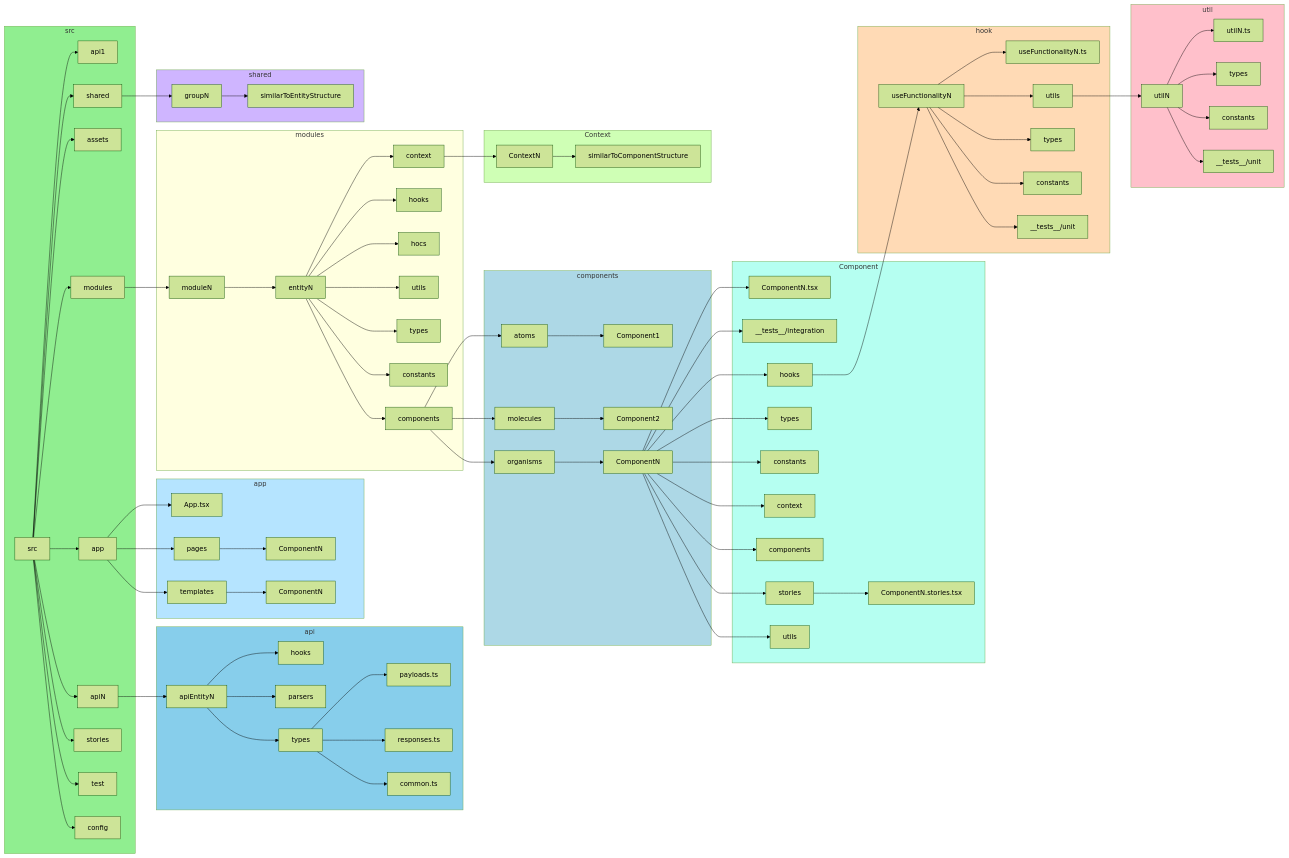
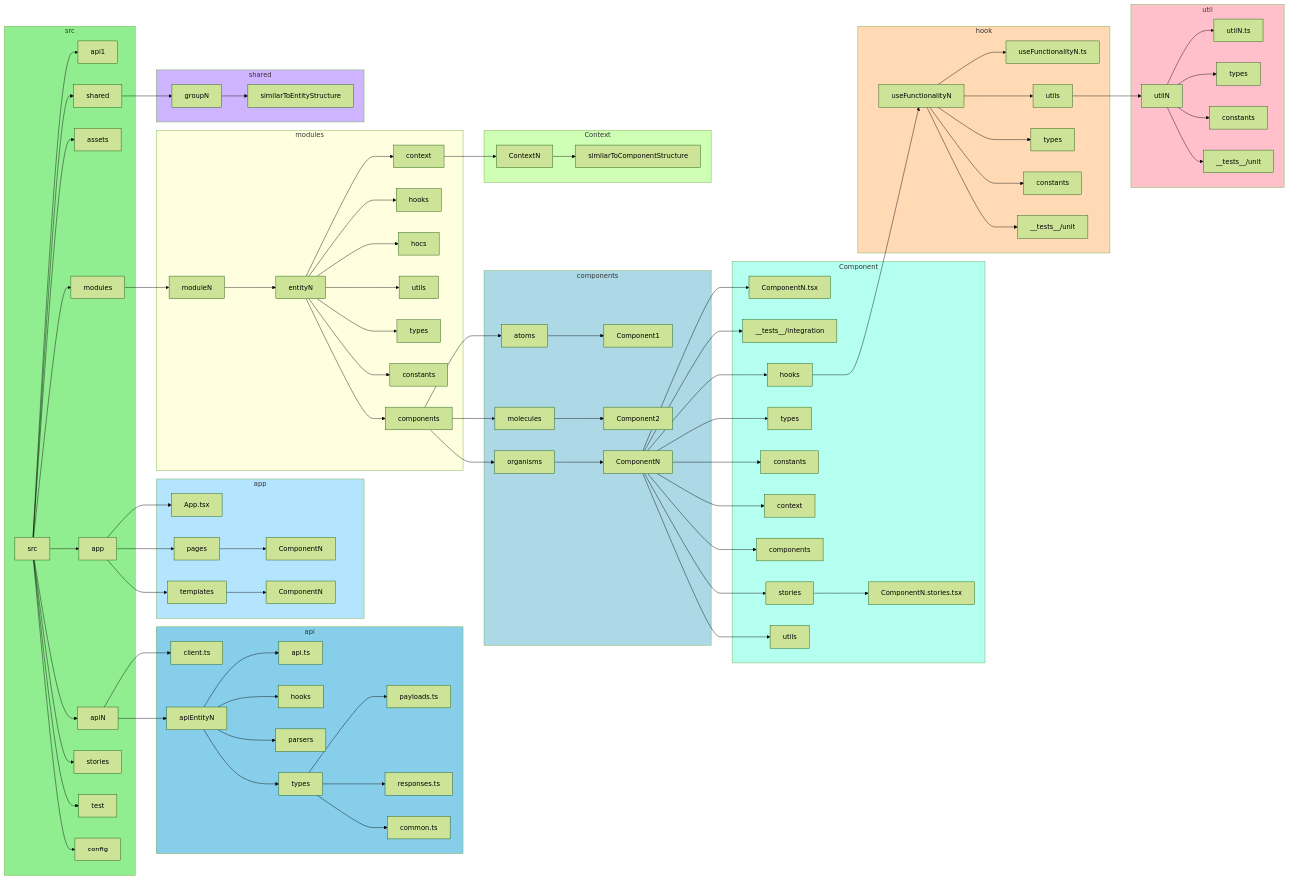
One commit to runespoor-engineering/runespoorstack changed the first of 10 diagrams in apps/archive/docs/engineering-playbook/source-control/simple-react-files-stricture.mdx. Above: the diagram before and after it, drawn with Mermaid (forest theme). The commit also changed other lines of this file, not shown here.

```diff
--- a/apps/archive/docs/engineering-playbook/source-control/simple-react-files-stricture.mdx
+++ b/apps/archive/docs/engineering-playbook/source-control/simple-react-files-stricture.mdx
@@ -31,7 +27,9 @@
   end
 
   subgraph apiBlock[api]
+    apiN --> client.ts
     apiN --> apiEntityN
+    apiEntityN --> api.ts
     apiEntityN --> apiEntityHooks[hooks]
     apiEntityN --> apiEntityParsers[parsers]
     apiEntityN --> apiEntityTypes[types]
```
